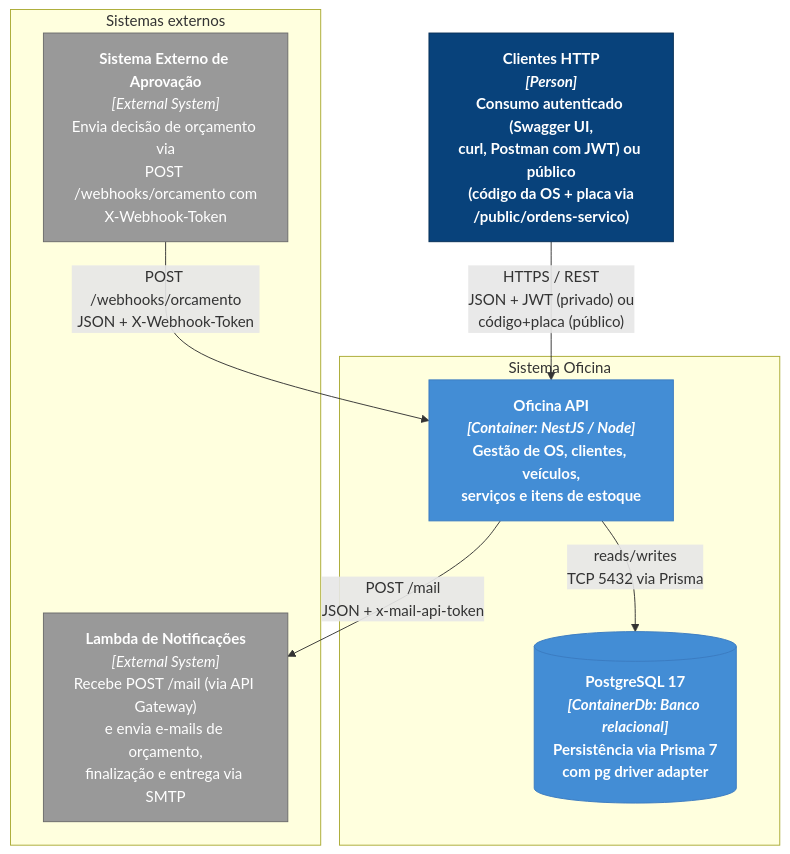
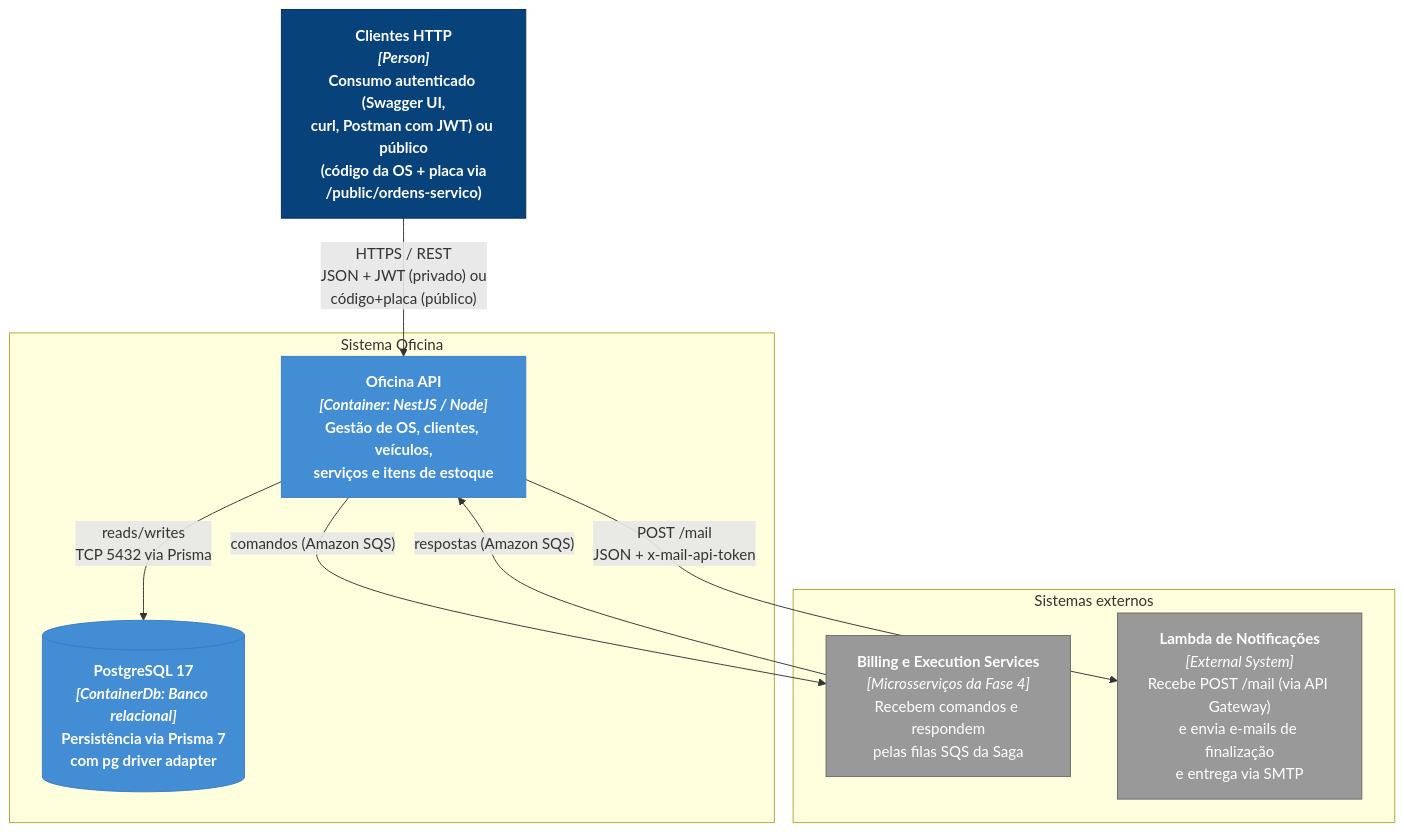
The fifth of 11 diagrams in README.md (LucasValada/tech-challenge-fiap), drawn with Mermaid before and after one commit. The commit also changed other lines of this file and 25 other files, not shown here.

First line of the commit message:
feat(saga): rota interna da Lambda, integração dos três serviços e README da Saga

````diff
--- a/README.md
+++ b/README.md
@@ -145,29 +368,30 @@
 ```mermaid
 graph TB
     classDef person fill:#08427B,stroke:#052E56,color:#fff,font-weight:bold
     classDef external fill:#999999,stroke:#6B6B6B,color:#fff
     classDef container fill:#438DD5,stroke:#3B7BC0,color:#fff,font-weight:bold
     classDef database fill:#438DD5,stroke:#3B7BC0,color:#fff,font-weight:bold
 
     Clientes["<b>Clientes HTTP</b><br/><i>[Person]</i><br/>Consumo autenticado (Swagger UI,<br/>curl, Postman com JWT) ou público<br/>(código da OS + placa via<br/>/public/ordens-servico)"]
 
     subgraph Oficina["Sistema Oficina"]
         API["<b>Oficina API</b><br/><i>[Container: NestJS / Node]</i><br/>Gestão de OS, clientes, veículos,<br/>serviços e itens de estoque"]
         DB[("<b>PostgreSQL 17</b><br/><i>[ContainerDb: Banco relacional]</i><br/>Persistência via Prisma 7<br/>com pg driver adapter")]
     end
 
     subgraph Externos["Sistemas externos"]
-        Webhook["<b>Sistema Externo de Aprovação</b><br/><i>[External System]</i><br/>Envia decisão de orçamento via<br/>POST /webhooks/orcamento com<br/>X-Webhook-Token"]
-        MailLambda["<b>Lambda de Notificações</b><br/><i>[External System]</i><br/>Recebe POST /mail (via API Gateway)<br/>e envia e-mails de orçamento,<br/>finalização e entrega via SMTP"]
+        Saga["<b>Billing e Execution Services</b><br/><i>[Microsserviços da Fase 4]</i><br/>Recebem comandos e respondem<br/>pelas filas SQS da Saga"]
+        MailLambda["<b>Lambda de Notificações</b><br/><i>[External System]</i><br/>Recebe POST /mail (via API Gateway)<br/>e envia e-mails de finalização<br/>e entrega via SMTP"]
     end
 
     Clientes -->|"HTTPS / REST<br/>JSON + JWT (privado) ou<br/>código+placa (público)"| API
-    Webhook -->|"POST /webhooks/orcamento<br/>JSON + X-Webhook-Token"| API
+    API -->|"comandos (Amazon SQS)"| Saga
+    Saga -->|"respostas (Amazon SQS)"| API
     API -->|"reads/writes<br/>TCP 5432 via Prisma"| DB
     API -->|"POST /mail<br/>JSON + x-mail-api-token"| MailLambda
 
     class Clientes person
-    class Webhook,MailLambda external
+    class Saga,MailLambda external
     class API container
     class DB database
 ```
````
